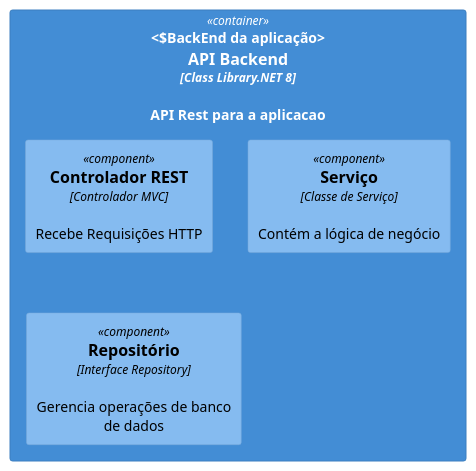
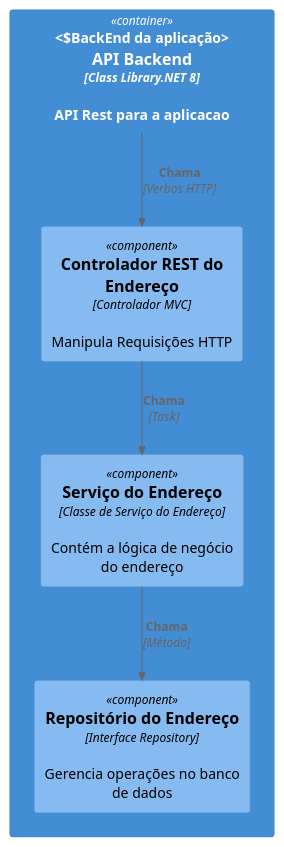
Before and after one commit to samorysundjata/MalaDiretaCSharp: the diagram in docs/C4/Component.puml, drawn with PlantUML. The commit also changed 4 other files, not shown here.

```diff
--- a/docs/C4/Component.puml
+++ b/docs/C4/Component.puml
@@ -1,11 +1,15 @@
-@startuml Maladireta-Component
+@startuml EnderecoController-Component
 !includeurl https://raw.githubusercontent.com/plantuml-stdlib/C4-PlantUML/master/C4_Component.puml
 
 
 Container(api, "API Backend", "Class Library.NET 8", "API Rest para a aplicacao", "BackEnd da aplicação"){
-    Component(controller, "Controlador REST", "Controlador MVC", "Recebe Requisições HTTP")
-    Component(service, "Serviço", "Classe de Serviço", "Contém a lógica de negócio")
-    Component(repository, "Repositório", "Interface Repository", "Gerencia operações de banco de dados")
+    Component(enderecocontroller, "Controlador REST do Endereço", "Controlador MVC", "Manipula Requisições HTTP")
+    Component(enderecoservice, "Serviço do Endereço", "Classe de Serviço do Endereço", "Contém a lógica de negócio do endereço")
+    Component(enderecorepository, "Repositório do Endereço", "Interface Repository", "Gerencia operações no banco de dados")
 }
 
+Rel(api, enderecocontroller, "Chama", "Verbos HTTP")
+Rel(enderecocontroller, enderecoservice, "Chama", "Task")
+Rel(enderecoservice, enderecorepository, "Chama", "Método")
+
 @enduml
```
